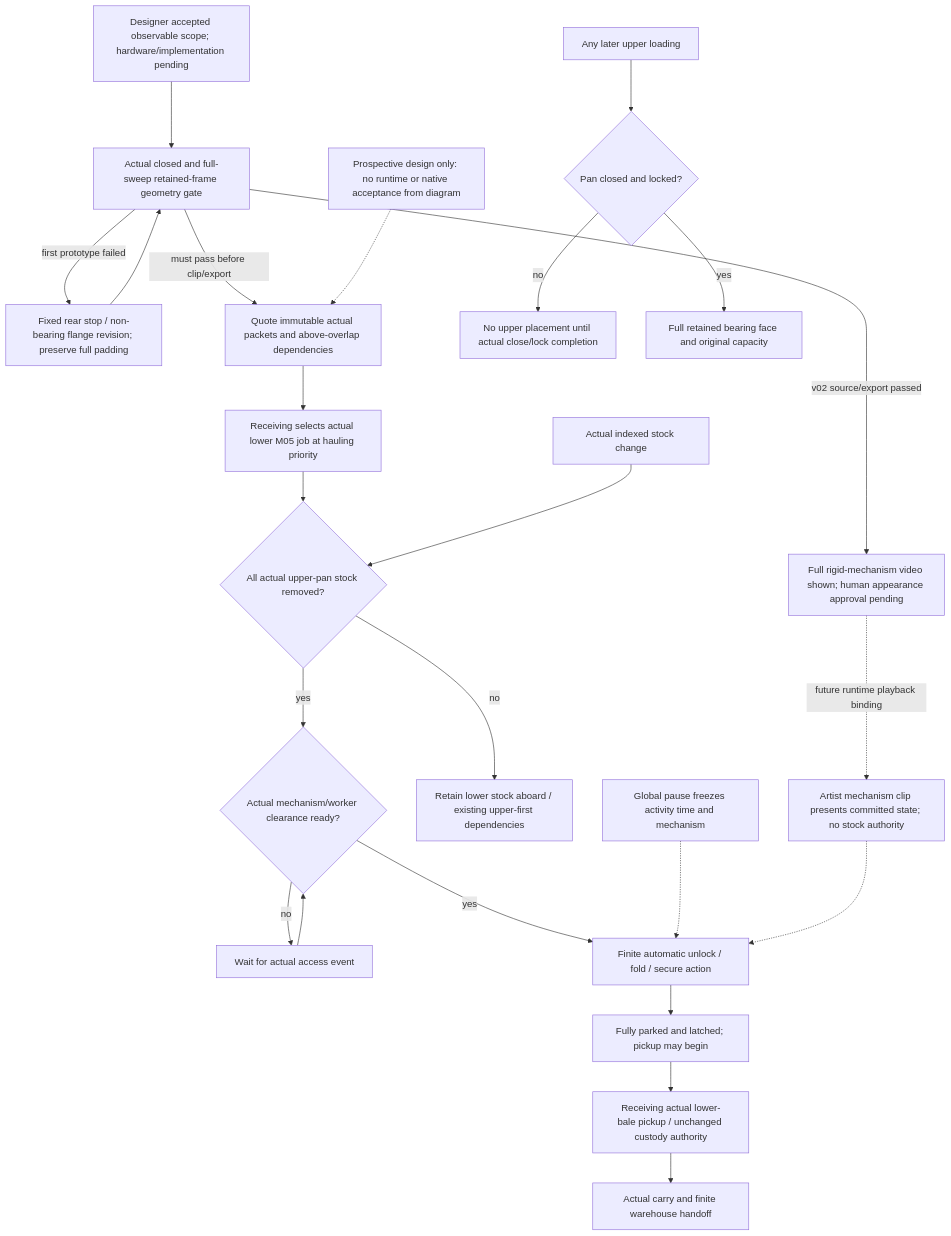
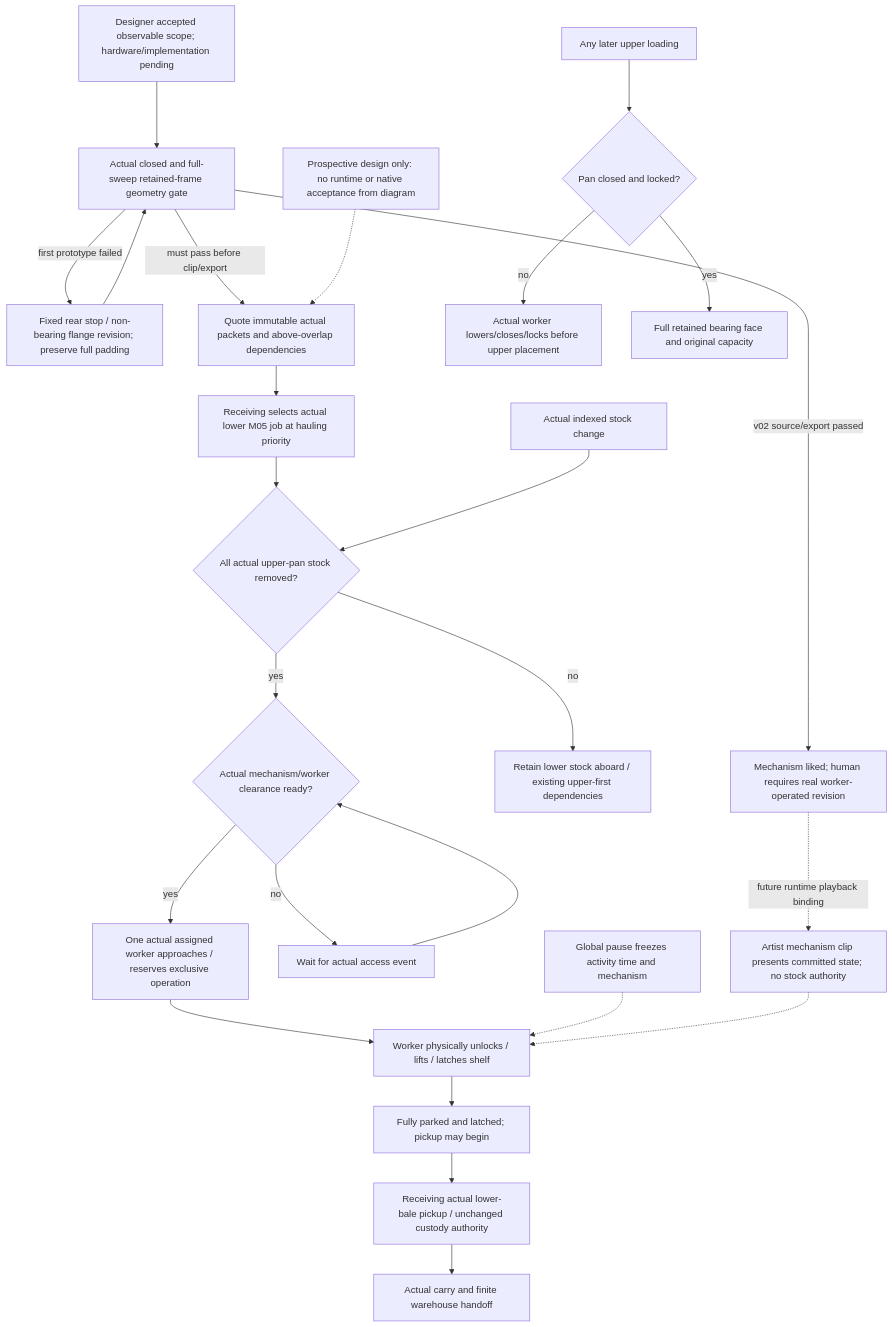
One commit to TheInfinityIQ/Trencho_V4 changed the diagram in docs/diagrams/s4_bale_service.mmd. Above: the diagram before and after it, drawn with Mermaid. The commit also changed 3 other files, not shown here.

Commit message:
Require an actual worker to operate the folding shelf

```diff
--- a/docs/diagrams/s4_bale_service.mmd
+++ b/docs/diagrams/s4_bale_service.mmd
@@ -1,24 +1,25 @@
 flowchart TD
   Scope[Designer accepted observable scope; hardware/implementation pending] --> Hardware[Actual closed and full-sweep retained-frame geometry gate]
   Hardware -->|first prototype failed| Revise[Fixed rear stop / non-bearing flange revision; preserve full padding]
   Revise --> Hardware
-  Hardware -->|v02 source/export passed| Art[Full rigid-mechanism video shown; human appearance approval pending]
+  Hardware -->|v02 source/export passed| Art[Mechanism liked; human requires real worker-operated revision]
   Art -. future runtime playback binding .-> View
   Hardware -->|must pass before clip/export| Manifest[Quote immutable actual packets and above-overlap dependencies]
   Manifest --> Source[Receiving selects actual lower M05 job at hauling priority]
   Source --> Empty{All actual upper-pan stock removed?}
   Empty -->|no| Wait[Retain lower stock aboard / existing upper-first dependencies]
   StockEvent[Actual indexed stock change] --> Empty
   Empty -->|yes| Clear{Actual mechanism/worker clearance ready?}
   Clear -->|no| Clearance[Wait for actual access event]
   Clearance --> Clear
-  Clear -->|yes| Prepare[Finite automatic unlock / fold / secure action]
+  Clear -->|yes| Worker[One actual assigned worker approaches / reserves exclusive operation]
+  Worker --> Prepare[Worker physically unlocks / lifts / latches shelf]
   Prepare --> Parked[Fully parked and latched; pickup may begin]
   Parked --> Pickup[Receiving actual lower-bale pickup / unchanged custody authority]
   Pickup --> Receipt[Actual carry and finite warehouse handoff]
   Pause[Global pause freezes activity time and mechanism] -.-> Prepare
   UpperPlacement[Any later upper loading] --> Closed{Pan closed and locked?}
-  Closed -->|no| Reject[No upper placement until actual close/lock completion]
+  Closed -->|no| Reject[Actual worker lowers/closes/locks before upper placement]
   Closed -->|yes| Support[Full retained bearing face and original capacity]
   View[Artist mechanism clip presents committed state; no stock authority] -.-> Prepare
   Note[Prospective design only: no runtime or native acceptance from diagram] -.-> Manifest
```
